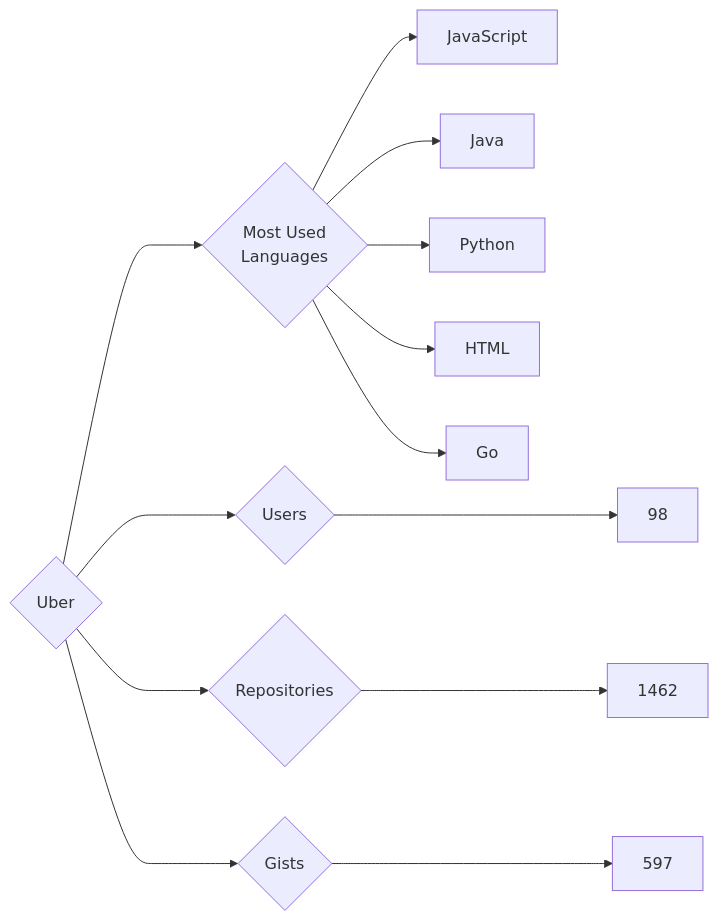
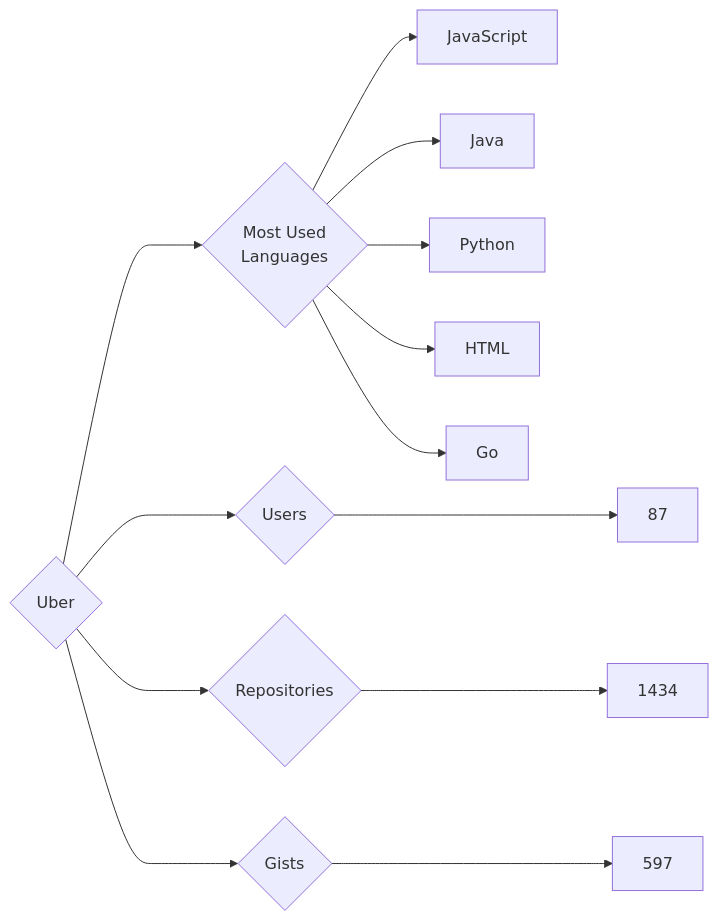
The diagram in targets/Uber/README.md (trickest/insiders), drawn with Mermaid before and after one commit. The commit also changed 682 other files, not shown here.

````diff
--- a/targets/Uber/README.md
+++ b/targets/Uber/README.md
@@ -3,13 +3,13 @@
 ```mermaid
 graph LR
 COMPANY_NAME{Uber}
-COMPANY_NAME ---> U{Users} ---> UN[98]
-COMPANY_NAME ---> R{Repositories} ---> RN[1462]
+COMPANY_NAME ---> U{Users} ---> UN[87]
+COMPANY_NAME ---> R{Repositories} ---> RN[1434]
 COMPANY_NAME ---> G{Gists} ---> GN[597]
 COMPANY_NAME ---> ML{Most Used<br>Languages}
 ML --> JavaScript[JavaScript]
 ML --> Java[Java]
 ML --> Python[Python]
 ML --> HTML[HTML]
 ML --> Go[Go]
 ```
````
